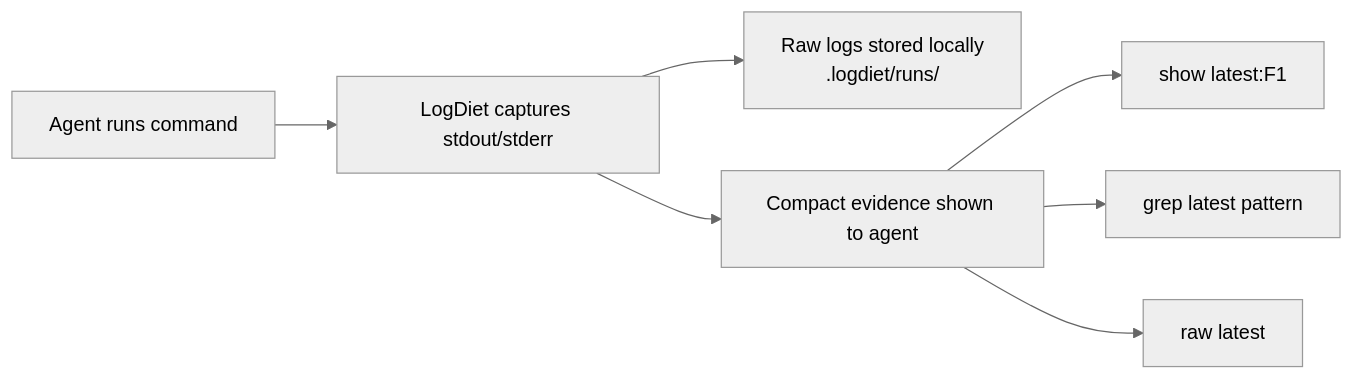
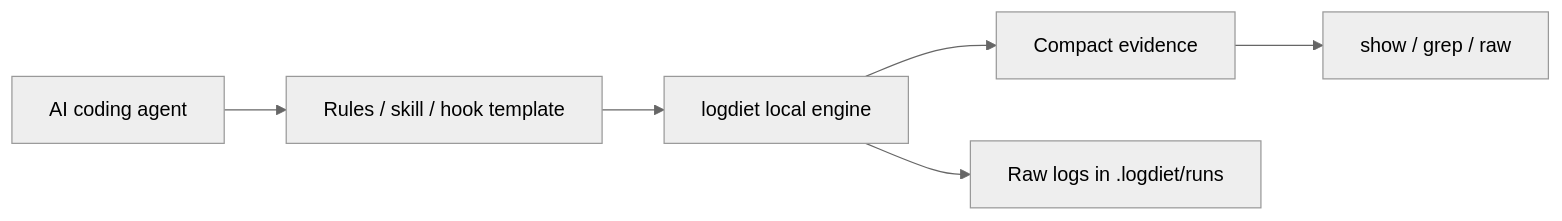
One commit to yoon-sang-won/LogDiet changed the diagram in README.ko.md. Above: the diagram before and after it, drawn with Mermaid (neutral theme). The commit also changed other lines of this file and 30 other files, not shown here.

````diff
--- a/README.ko.md
+++ b/README.ko.md
@@ -82,9 +79,8 @@
 ```mermaid
 flowchart LR
-    A[Agent runs command] --> B[LogDiet captures stdout/stderr]
-    B --> C[Raw logs stored locally<br/>.logdiet/runs/]
-    B --> D[Compact evidence shown to agent]
-    D --> E[show latest:F1]
-    D --> F[grep latest pattern]
-    D --> G[raw latest]
+    A[AI coding agent] --> B[Rules / skill / hook template]
+    B --> C[logdiet local engine]
+    C --> D[Compact evidence]
+    C --> E[Raw logs in .logdiet/runs]
+    D --> F[show / grep / raw]
 ```
````
